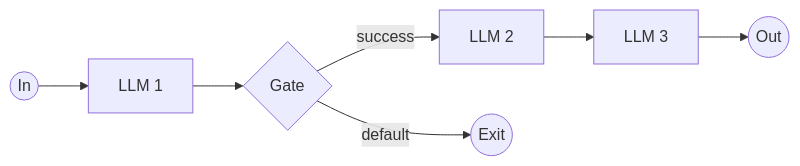
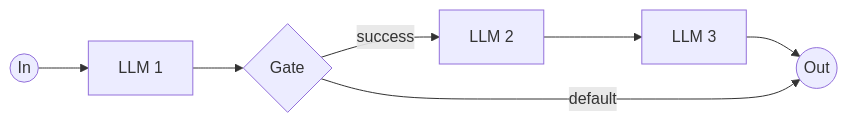
The diagram in examples/simple_workflow/diagram.md (rootstrap/mars), drawn with Mermaid before and after one commit. The commit also changed 2 other files, not shown here.

Commit message:
Improvements

````diff
--- a/examples/simple_workflow/diagram.md
+++ b/examples/simple_workflow/diagram.md
@@ -1,14 +1,13 @@
 ```mermaid
 flowchart LR
 In(("In")) -->
 LLM_1["LLM 1"]
 LLM_1 --> Gate
 Gate{"Gate"}
 LLM_2["LLM 2"]
 LLM_2 --> LLM_3
 LLM_3["LLM 3"]
 LLM_3 --> Out(("Out"))
 Gate -->|success| LLM_2
-exit((Exit))
-Gate -->|default| exit
+Gate -->|default| Out(("Out"))
 ```
````
